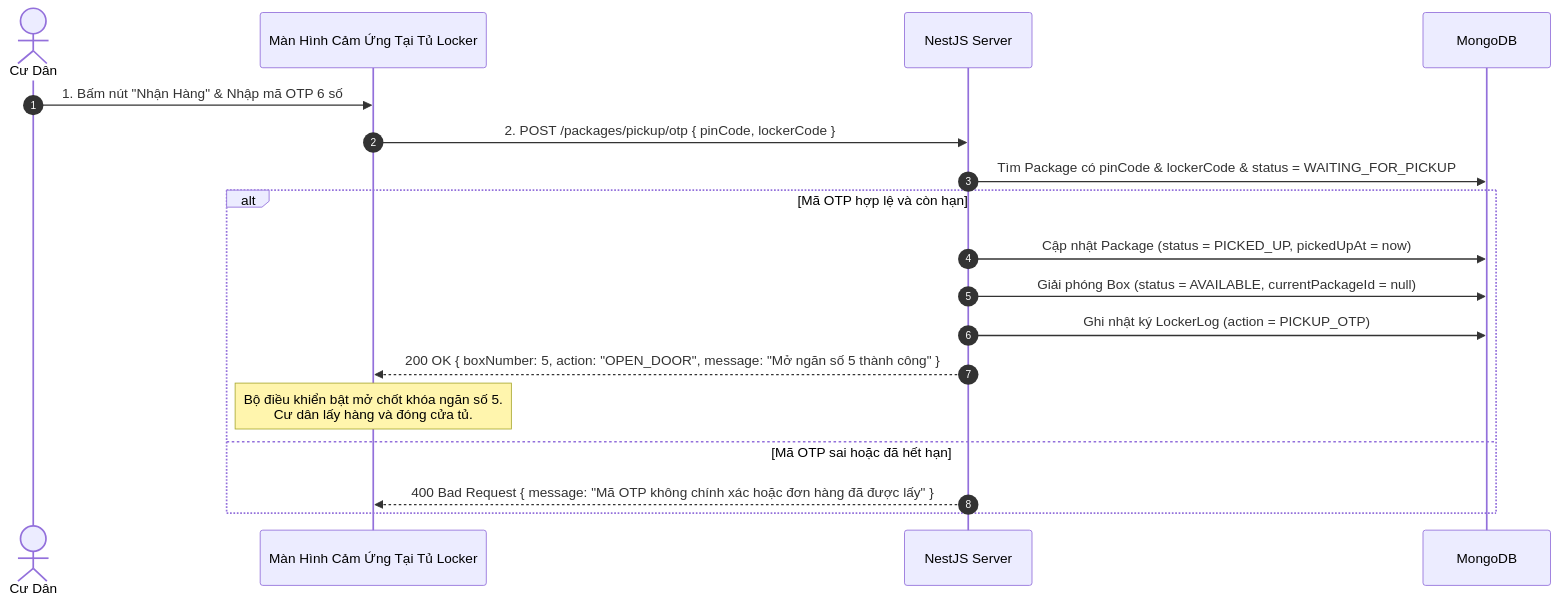
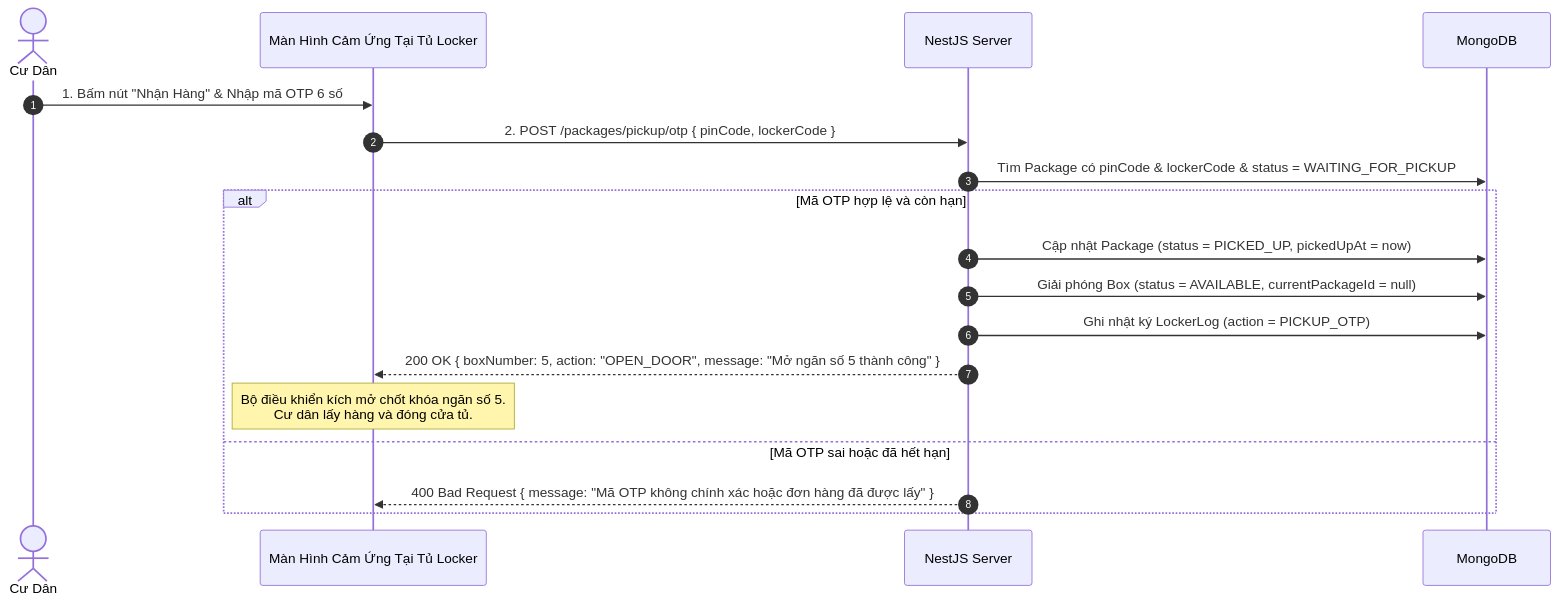
Before and after one commit to xuanphat0505/smart-locker-server: the third of 6 diagrams in src/docs/delivery_retrieval_system.md, drawn with Mermaid. The commit also changed other lines of this file and 15 other files, not shown here.

````diff
--- a/src/docs/delivery_retrieval_system.md
+++ b/src/docs/delivery_retrieval_system.md
@@ -234,22 +254,22 @@
 ```mermaid
 sequenceDiagram
     autonumber
     actor Resident as Cư Dân
     participant LockerKiosk as Màn Hình Cảm Ứng Tại Tủ Locker
     participant Backend as NestJS Server
     participant DB as MongoDB
 
     Resident->>LockerKiosk: 1. Bấm nút "Nhận Hàng" & Nhập mã OTP 6 số
     LockerKiosk->>Backend: 2. POST /packages/pickup/otp { pinCode, lockerCode }
     Backend->>DB: Tìm Package có pinCode & lockerCode & status = WAITING_FOR_PICKUP
 
     alt Mã OTP hợp lệ và còn hạn
         Backend->>DB: Cập nhật Package (status = PICKED_UP, pickedUpAt = now)
         Backend->>DB: Giải phóng Box (status = AVAILABLE, currentPackageId = null)
         Backend->>DB: Ghi nhật ký LockerLog (action = PICKUP_OTP)
         Backend-->>LockerKiosk: 200 OK { boxNumber: 5, action: "OPEN_DOOR", message: "Mở ngăn số 5 thành công" }
-        Note over LockerKiosk: Bộ điều khiển bật mở chốt khóa ngăn số 5.<br/>Cư dân lấy hàng và đóng cửa tủ.
+        Note over LockerKiosk: Bộ điều khiển kích mở chốt khóa ngăn số 5.<br/>Cư dân lấy hàng và đóng cửa tủ.
     else Mã OTP sai hoặc đã hết hạn
         Backend-->>LockerKiosk: 400 Bad Request { message: "Mã OTP không chính xác hoặc đơn hàng đã được lấy" }
     end
 ```
````
